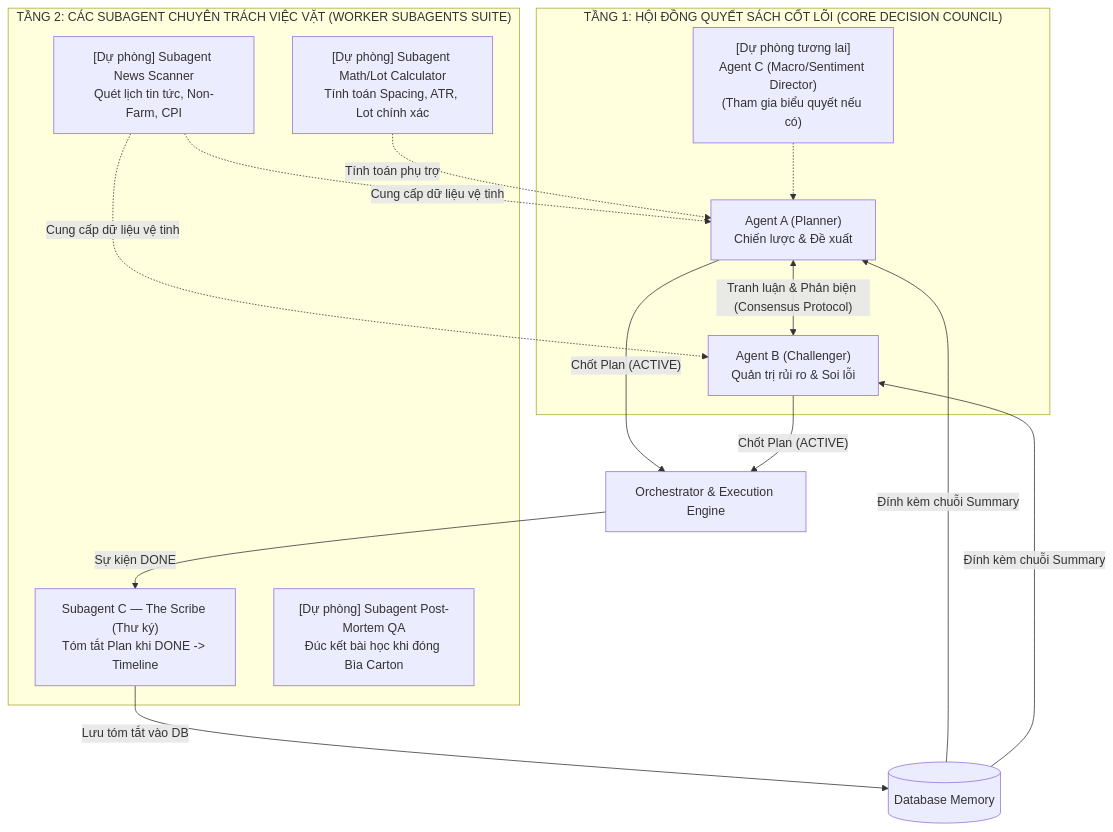
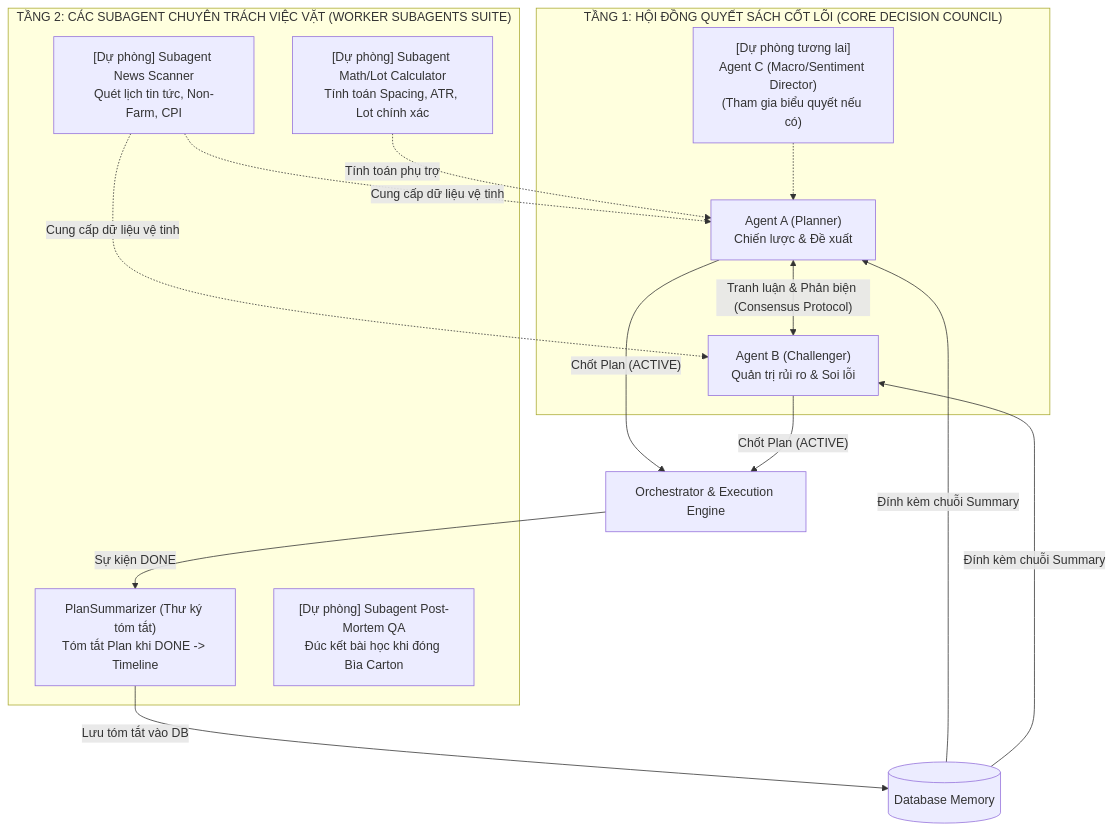
The diagram in NANG_CAP_PLAN_LIFECYCLE_VA_TIMELINE_MEMORY.md (nguyenhongdat09/doctradingagent2agent), drawn with Mermaid before and after one commit. The commit also changed other lines of this file and 4 other files, not shown here.

Commit message:
docs: rename Subagent C to PlanSummarizer across all architecture documents

````diff
--- a/NANG_CAP_PLAN_LIFECYCLE_VA_TIMELINE_MEMORY.md
+++ b/NANG_CAP_PLAN_LIFECYCLE_VA_TIMELINE_MEMORY.md
@@ -97,21 +98,21 @@
 ```mermaid
 graph TD
     subgraph TANG_1["TẦNG 1: HỘI ĐỒNG QUYẾT SÁCH CỐT LÕI (CORE DECISION COUNCIL)"]
         AgentA["Agent A (Planner)<br/>Chiến lược & Đề xuất"] <-->|"Tranh luận & Phản biện (Consensus Protocol)"| AgentB["Agent B (Challenger)<br/>Quản trị rủi ro & Soi lỗi"]
         FutureAgentC["[Dự phòng tương lai]<br/>Agent C (Macro/Sentiment Director)<br/>(Tham gia biểu quyết nếu có)"] -.-> AgentA
     end
 
     subgraph TANG_2["TẦNG 2: CÁC SUBAGENT CHUYÊN TRÁCH VIỆC VẶT (WORKER SUBAGENTS SUITE)"]
-        SubC["Subagent C — The Scribe (Thư ký)<br/>Tóm tắt Plan khi DONE -> Timeline"]
+        SubSum["PlanSummarizer (Thư ký tóm tắt)<br/>Tóm tắt Plan khi DONE -> Timeline"]
         SubNews["[Dự phòng] Subagent News Scanner<br/>Quét lịch tin tức, Non-Farm, CPI"]
         SubMath["[Dự phòng] Subagent Math/Lot Calculator<br/>Tính toán Spacing, ATR, Lot chính xác"]
         SubQA["[Dự phòng] Subagent Post-Mortem QA<br/>Đúc kết bài học khi đóng Bìa Carton"]
     end
 
     AgentA & AgentB -->|"Chốt Plan (ACTIVE)"| Engine["Orchestrator & Execution Engine"]
-    Engine -->|"Sự kiện DONE"| SubC
-    SubC -->|"Lưu tóm tắt vào DB"| DB[(Database Memory)]
+    Engine -->|"Sự kiện DONE"| SubSum
+    SubSum -->|"Lưu tóm tắt vào DB"| DB[(Database Memory)]
     DB -->|"Đính kèm chuỗi Summary"| AgentA & AgentB
     SubNews -.->|"Cung cấp dữ liệu vệ tinh"| AgentA & AgentB
     SubMath -.->|"Tính toán phụ trợ"| AgentA
 ```
````
